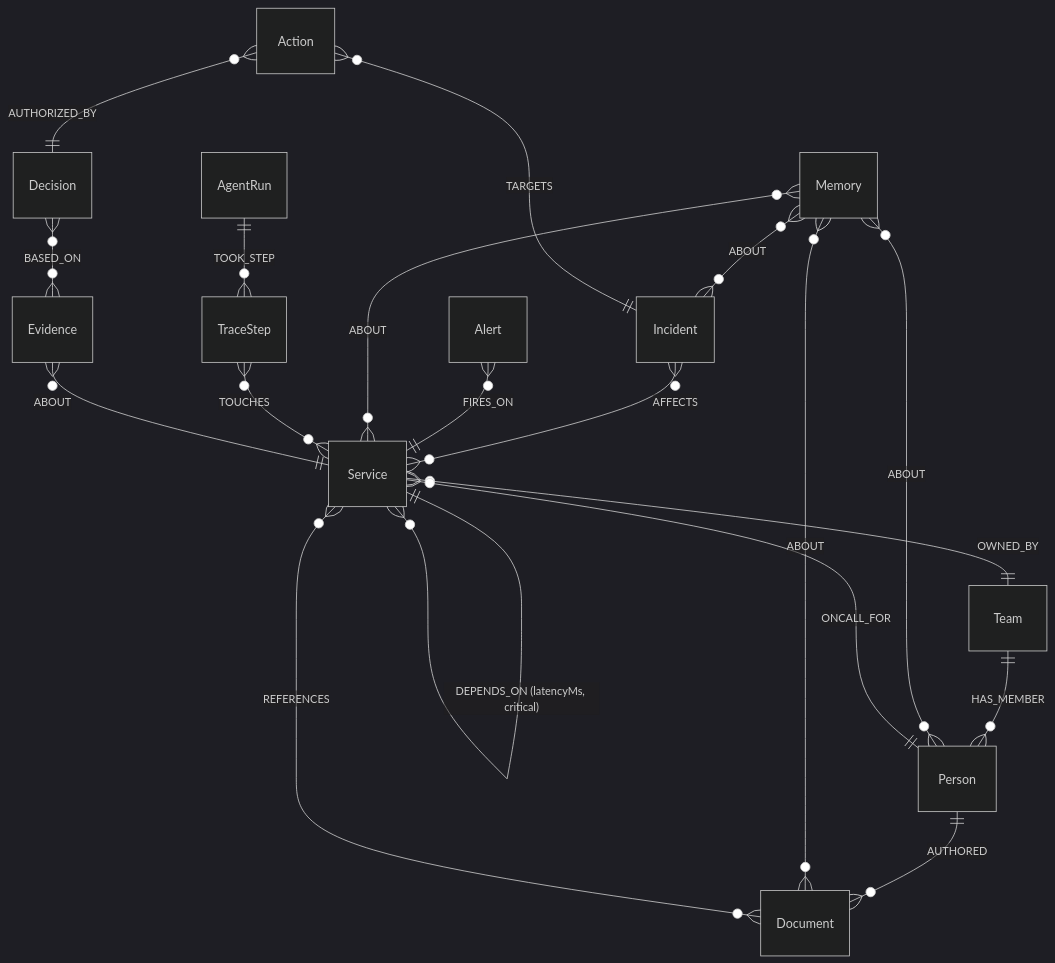
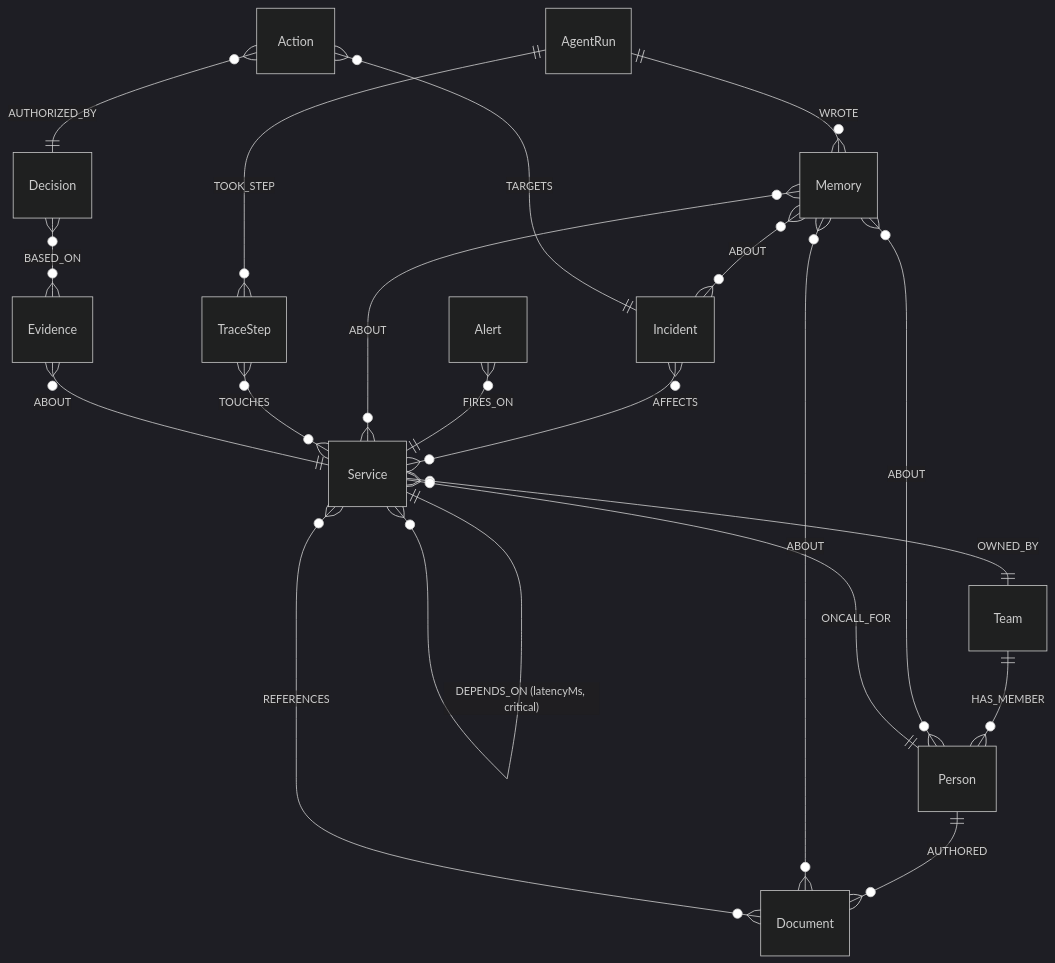
Before and after one commit to aniruddhaadak80/unspool: the second of 2 diagrams in README.md, drawn with Mermaid (dark theme). The commit also changed 12 other files, not shown here.

````diff
--- a/README.md
+++ b/README.md
@@ -76,21 +76,22 @@
 ```mermaid
 erDiagram
     Service ||--o{ Service : "DEPENDS_ON (latencyMs, critical)"
     Service }o--|| Team : "OWNED_BY"
     Team ||--o{ Person : "HAS_MEMBER"
     Person ||--o{ Service : "ONCALL_FOR"
     Person ||--o{ Document : "AUTHORED"
     Document }o--o{ Service : "REFERENCES"
     Incident }o--o{ Service : "AFFECTS"
     Alert }o--|| Service : "FIRES_ON"
     Memory }o--o{ Service : "ABOUT"
     Memory }o--o{ Person : "ABOUT"
     Memory }o--o{ Incident : "ABOUT"
     Memory }o--o{ Document : "ABOUT"
     AgentRun ||--o{ TraceStep : "TOOK_STEP"
+    AgentRun ||--o{ Memory : "WROTE"
     TraceStep }o--o{ Service : "TOUCHES"
     Action }o--|| Incident : "TARGETS"
     Action }o--|| Decision : "AUTHORIZED_BY"
     Decision }o--o{ Evidence : "BASED_ON"
     Evidence }o--|| Service : "ABOUT"
 ```
````
